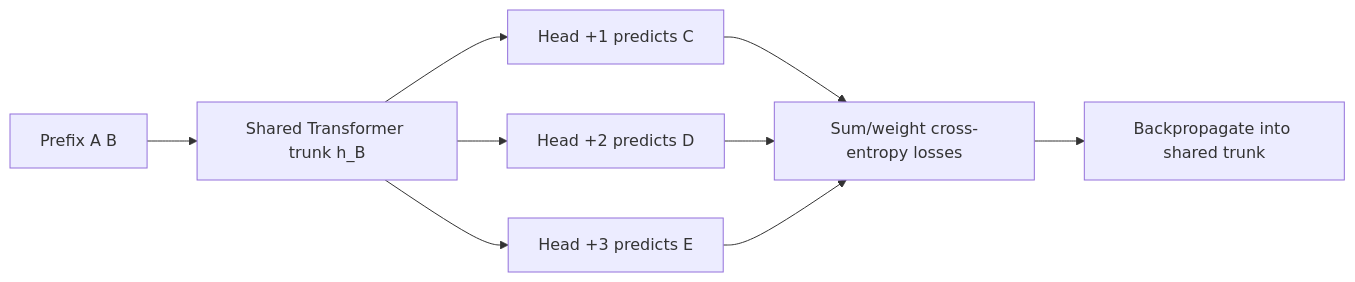
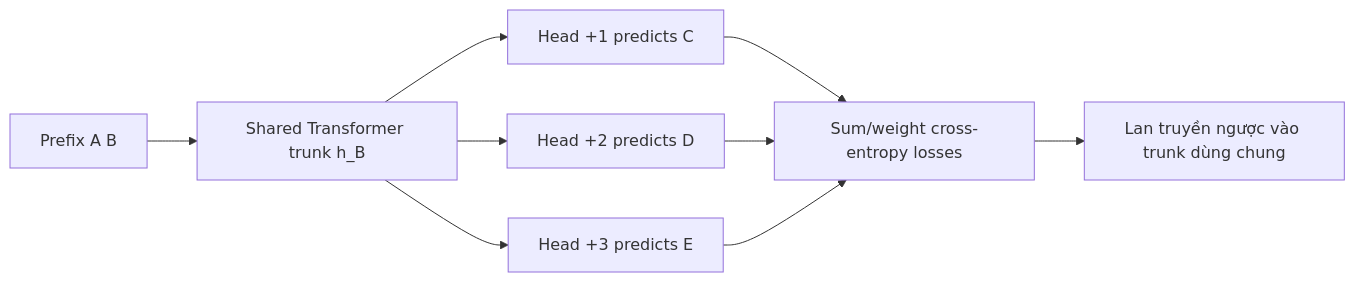
One commit to cycler04/VinRobotics-VLA changed the first of 2 diagrams in docs/research_finding/01-gwen/module_details/LLM_modules/Multi_Token_Prediction.md. Above: the diagram before and after it, drawn with Mermaid. The commit also changed other lines of this file and 79 other files, not shown here.

````diff
--- a/docs/research_finding/01-gwen/module_details/LLM_modules/Multi_Token_Prediction.md
+++ b/docs/research_finding/01-gwen/module_details/LLM_modules/Multi_Token_Prediction.md
@@ -42,11 +42,11 @@
 ```mermaid
 flowchart LR
     P[Prefix A B] --> T[Shared Transformer trunk h_B]
     T --> H1[Head +1 predicts C]
     T --> H2[Head +2 predicts D]
     T --> H3[Head +3 predicts E]
     H1 --> L[Sum/weight cross-entropy losses]
     H2 --> L
     H3 --> L
-    L --> BP[Backpropagate into shared trunk]
+    L --> BP[Lan truyền ngược vào trunk dùng chung]
 ```
````
